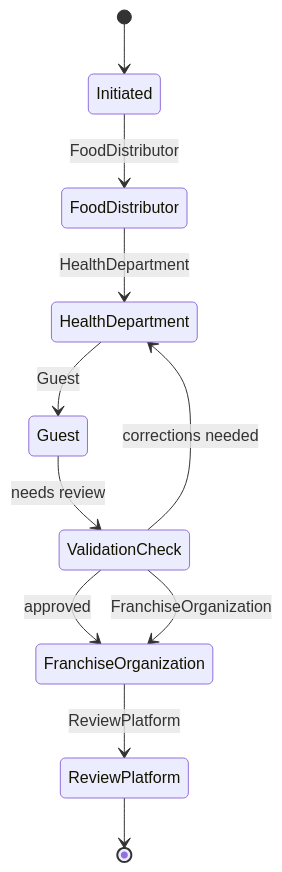
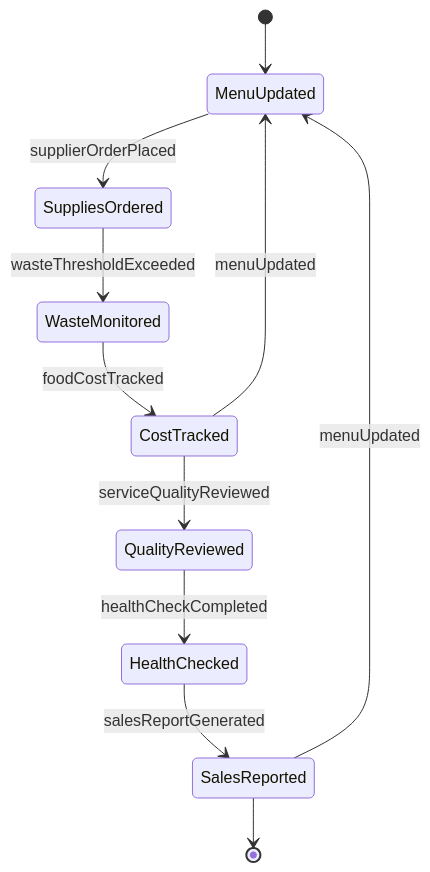
One commit to dot-org-ai/tasks.org.ai changed the second of 4 diagrams in GuidingDirectingAndMotivatingSubordinates/DirectOrganizationalOperationsActivitiesOrProcedures/ManageFoodServiceOperationsParts.mdx. Above: the diagram before and after it, drawn with Mermaid. The commit also changed other lines of this file and 515 other files, not shown here.

````diff
--- a/GuidingDirectingAndMotivatingSubordinates/DirectOrganizationalOperationsActivitiesOrProcedures/ManageFoodServiceOperationsParts.mdx
+++ b/GuidingDirectingAndMotivatingSubordinates/DirectOrganizationalOperationsActivitiesOrProcedures/ManageFoodServiceOperationsParts.mdx
@@ -102,13 +103,13 @@
 ```mermaid
 stateDiagram-v2
-    [*] --> Initiated
-    Initiated --> FoodDistributor: FoodDistributor
-    FoodDistributor --> HealthDepartment: HealthDepartment
-    HealthDepartment --> Guest: Guest
-    Guest --> ValidationCheck: needs review
-    ValidationCheck --> HealthDepartment: corrections needed
-    ValidationCheck --> FranchiseOrganization: approved
-    ValidationCheck --> FranchiseOrganization: FranchiseOrganization
-    FranchiseOrganization --> ReviewPlatform: ReviewPlatform
-    ReviewPlatform --> [*]
+    [*] --> MenuUpdated
+    MenuUpdated --> SuppliesOrdered : supplierOrderPlaced
+    SuppliesOrdered --> WasteMonitored : wasteThresholdExceeded
+    WasteMonitored --> CostTracked : foodCostTracked
+    CostTracked --> QualityReviewed : serviceQualityReviewed
+    CostTracked --> MenuUpdated : menuUpdated
+    QualityReviewed --> HealthChecked : healthCheckCompleted
+    HealthChecked --> SalesReported : salesReportGenerated
+    SalesReported --> MenuUpdated : menuUpdated
+    SalesReported --> [*]
 ```
````
